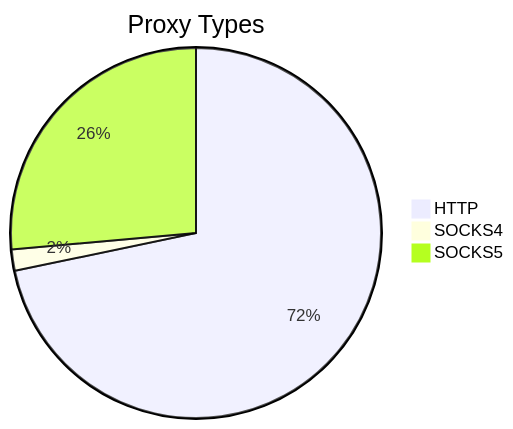
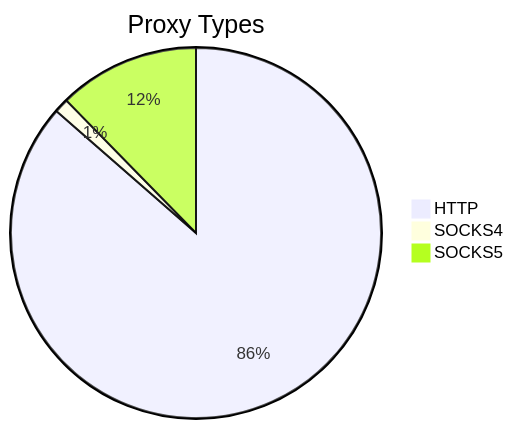
One commit to stormsia/proxy-list changed the first of 2 diagrams in README.md. Above: the diagram before and after it, drawn with Mermaid. The commit also changed other lines of this file, not shown here.

````diff
--- a/README.md
+++ b/README.md
@@ -21,6 +21,6 @@
 ```mermaid
 pie title Proxy Types
-    "HTTP" : 3627
-    "SOCKS4" : 94
-    "SOCKS5" : 1336
+    "HTTP" : 3387
+    "SOCKS4" : 49
+    "SOCKS5" : 483
 ```
````
